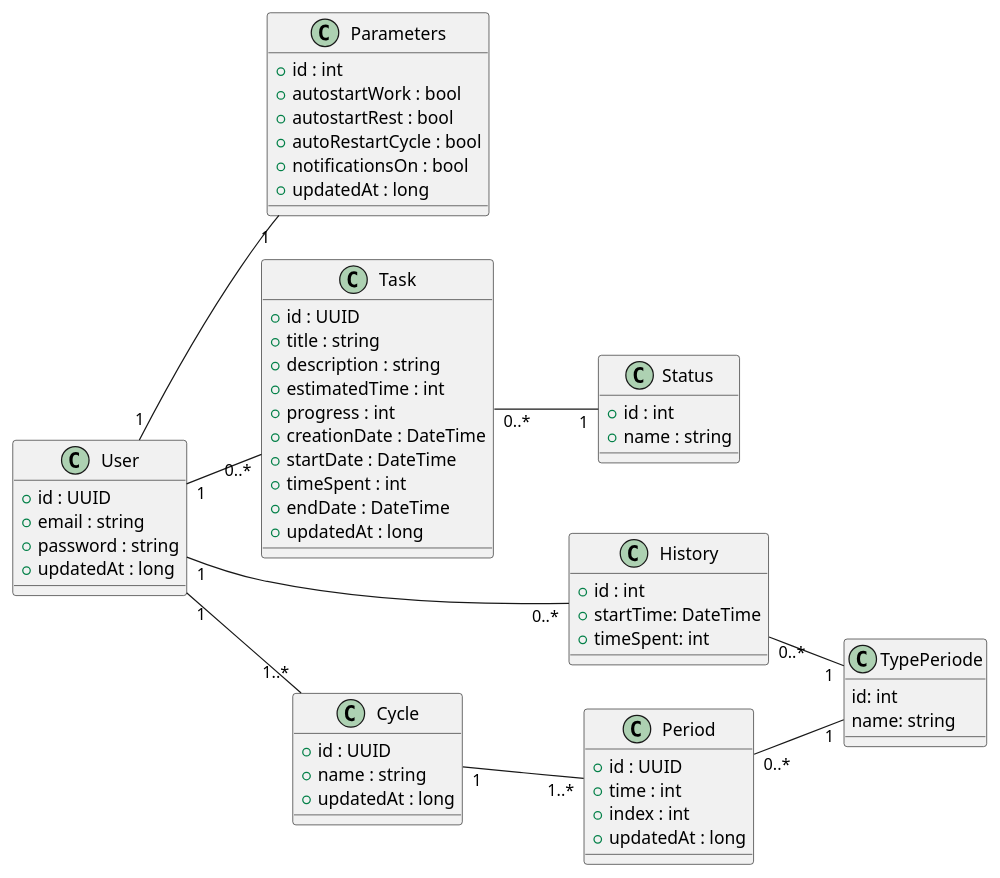
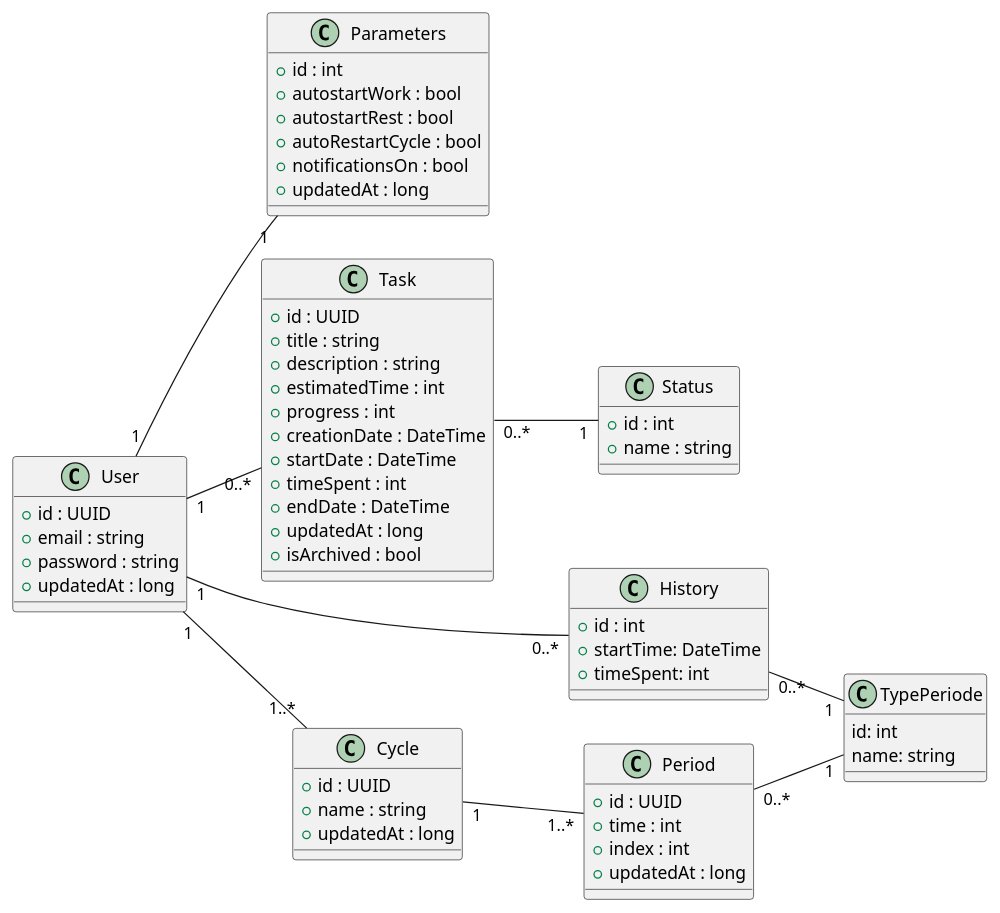
One commit to MDGav82/FocusTimer changed the diagram in modelisation/logical_view/modele_domaine.wsd. Above: the diagram before and after it, drawn with PlantUML.

Commit message:
slight modification on modele_domain.wsd

```diff
--- a/modelisation/logical_view/modele_domaine.wsd
+++ b/modelisation/logical_view/modele_domaine.wsd
@@ -1,73 +1,74 @@
 @startuml pomodoro_domain
 left to right direction
 
 class User {
   +id : UUID
   +email : string
   +password : string
   +updatedAt : long
 }
 
 class Parameters {
   +id : int
   +autostartWork : bool
   +autostartRest : bool
   +autoRestartCycle : bool
   +notificationsOn : bool
   +updatedAt : long
 }
 
 class Task {
   +id : UUID
   +title : string
   +description : string
   +estimatedTime : int
   +progress : int
   +creationDate : DateTime
   +startDate : DateTime
   +timeSpent : int
   +endDate : DateTime
   +updatedAt : long
+  +isArchived : bool
 }
 
 class History {
   +id : int
   +startTime: DateTime
   +timeSpent: int
 }
 
 class Cycle {
   +id : UUID
   +name : string
   +updatedAt : long
 }
 
 class TypePeriode {
     id: int
     name: string
 }
 
 class Period {
   +id : UUID
   +time : int
   +index : int
   +updatedAt : long
 }
 
 class Status {
    +id : int
   +name : string
 }
 
 ' Relations
 
 User "1" -- "1" Parameters
 User "1" -- "0..*" Task
 User "1" -- "1..*" Cycle
 User "1" -- "0..*" History
 Cycle "1" -- "1..*" Period
 Period "0..*" -- "1" TypePeriode
 History "0..*" -- "1" TypePeriode
 Task "0..*" -- "1" Status
 
 @enduml
```
